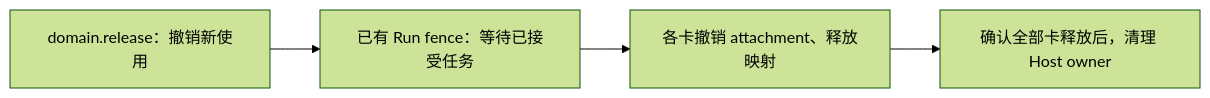
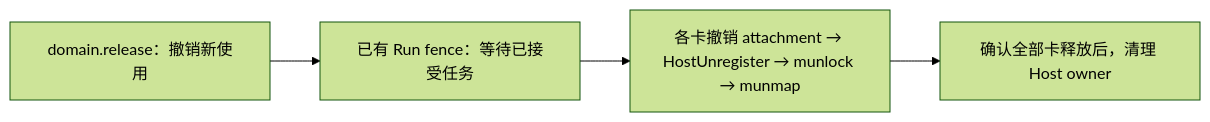
One commit to Leaf-Salix/simpler changed the second of 3 diagrams in docs/zh-cn/a3-host-domain.md. Above: the diagram before and after it, drawn with Mermaid (forest theme). The commit also changed other lines of this file and 6 other files, not shown here.

````diff
--- a/docs/zh-cn/a3-host-domain.md
+++ b/docs/zh-cn/a3-host-domain.md
@@ -71,6 +73,6 @@
 ```mermaid
 flowchart LR
   R["domain.release：撤销新使用"] --> F["已有 Run fence：等待已接受任务"]
-  F --> U["各卡撤销 attachment、释放映射"]
+  F --> U["各卡撤销 attachment → HostUnregister → munlock → munmap"]
   U --> H["确认全部卡释放后，清理 Host owner"]
 ```
````
